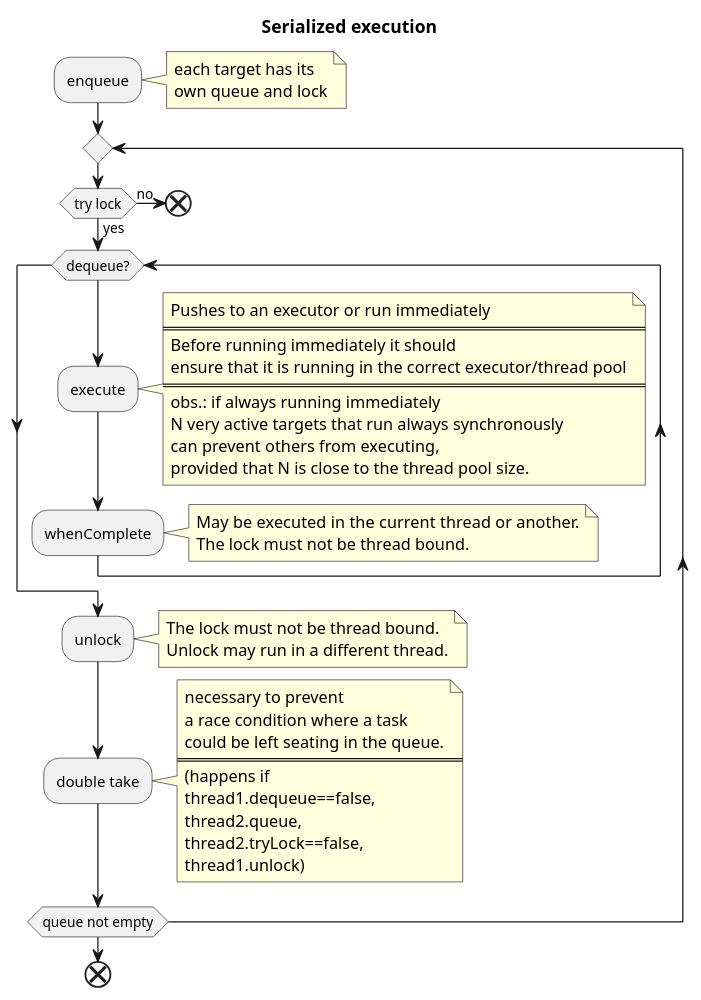
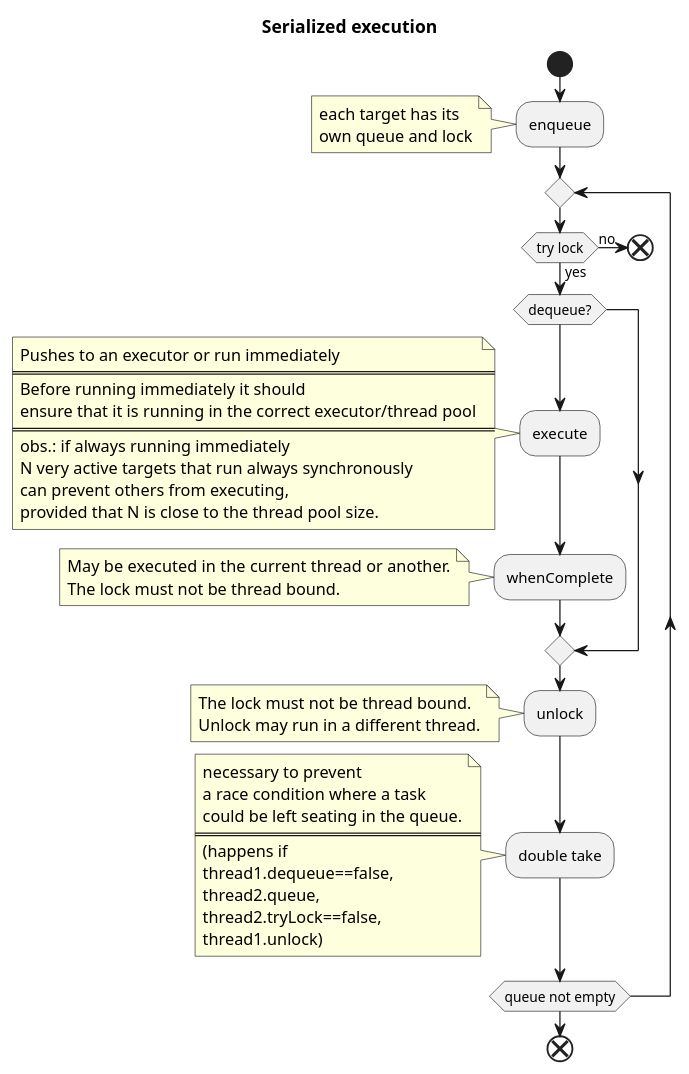
One commit to orbit/orbit changed the diagram in actors/stage/src/main/java/com/ea/orbit/actors/runtime/executionSerialized.puml. Above: the diagram before and after it, drawn with PlantUML. The commit also changed 1 other file, not shown here.

```diff
--- a/actors/stage/src/main/java/com/ea/orbit/actors/runtime/executionSerialized.puml
+++ b/actors/stage/src/main/java/com/ea/orbit/actors/runtime/executionSerialized.puml
@@ -1,51 +1,52 @@
 @startuml
 title Serialized execution
+start;
 :enqueue;
-note right
+note left
   each target has its
   own queue and lock
 end note
 repeat
     if (try lock) then (yes)
-            while (dequeue?)
+            if (dequeue?)
                 :execute;
-                note right
+                note left
                   Pushes to an executor or run immediately
                   ====
                   Before running immediately it should
                   ensure that it is running in the correct executor/thread pool
                   ====
                   obs.: if always running immediately
                   N very active targets that run always synchronously
                   can prevent others from executing,
                   provided that N is close to the thread pool size.
                 end note
                 :whenComplete;
-                note right
+                note left
                   May be executed in the current thread or another.
                   The lock must not be thread bound.
                 end note
-            endwhile
+            endif
             :unlock;
-                note right
+                note left
                   The lock must not be thread bound.
                   Unlock may run in a different thread.
                 end note
     else (no)
         end;
     endif
     :double take;
-    note right
+    note left
         necessary to prevent
         a race condition where a task
         could be left seating in the queue.
         ====
         (happens if
         thread1.dequeue==false,
         thread2.queue,
         thread2.tryLock==false,
         thread1.unlock)
     end note
 repeat while(queue not empty)
 end;
 @enduml
```
